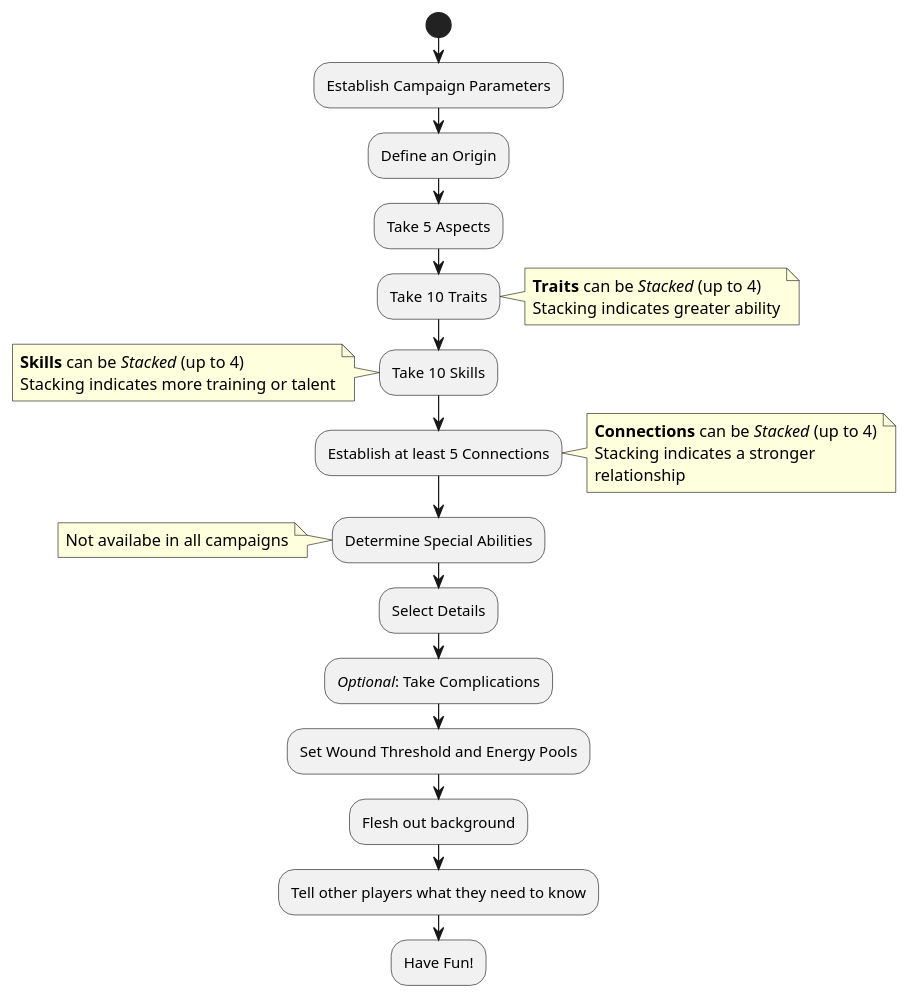
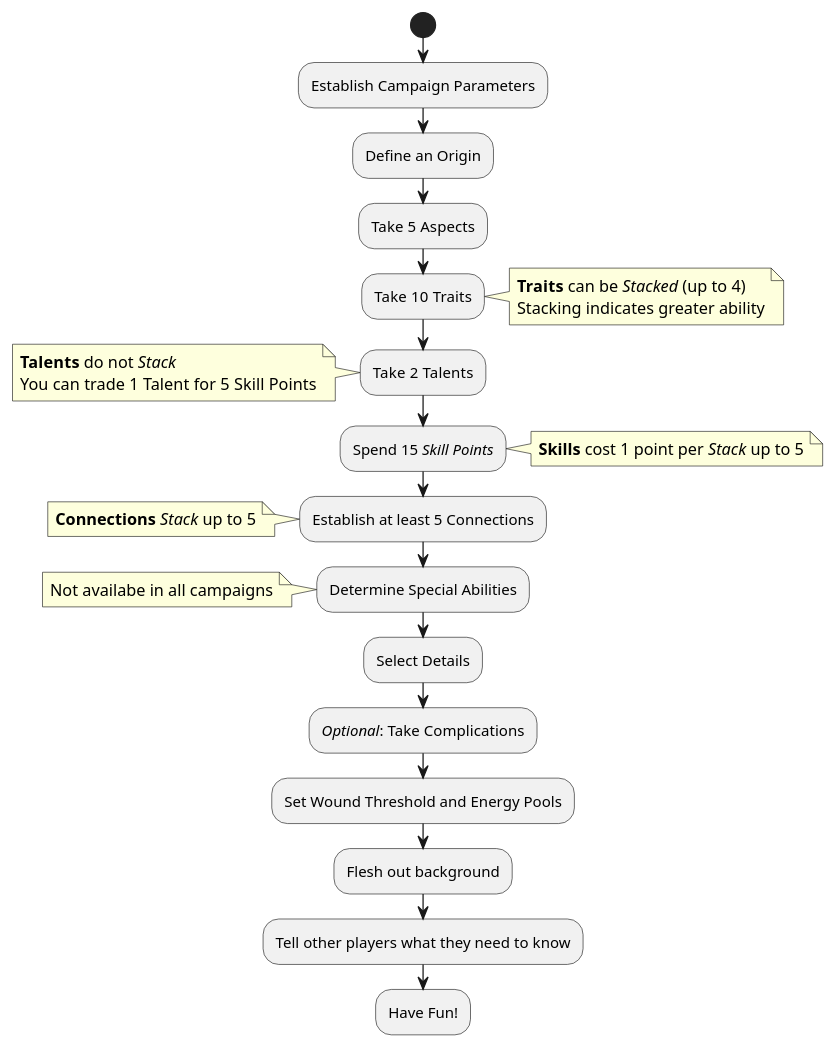
Before and after one commit to s-20/unnamed: the diagram in CCSummary.md, drawn with PlantUML. The commit also changed other lines of this file and 4 other files, not shown here.

````diff
--- a/CCSummary.md
+++ b/CCSummary.md
@@ -15,33 +15,35 @@
 ```plantuml
 @startuml
 start
 :Establish Campaign Parameters;
 :Define an Origin;
 :Take 5 Aspects;
 :Take 10 Traits;
 note right
 <b>Traits</b> can be //Stacked// (up to 4)
 Stacking indicates greater ability
 end note
-:Take 10 Skills;
+:Take 2 Talents;
 note left
-<b>Skills</b> can be //Stacked// (up to 4)
-Stacking indicates more training or talent
+<b>Talents</b> do not //Stack//
+You can trade 1 Talent for 5 Skill Points
+end note
+:Spend 15 //Skill Points//;
+note right
+<b>Skills</b> cost 1 point per //Stack// up to 5
 end note
 :Establish at least 5 Connections;
-note right
-<b>Connections</b> can be //Stacked// (up to 4)
-Stacking indicates a stronger
-relationship
+note left
+<b>Connections</b> //Stack// up to 5
 end note
 :Determine Special Abilities;
 note: Not availabe in all campaigns
 :Select Details;
 ://Optional//: Take Complications;
 :Set Wound Threshold and Energy Pools;
 :Flesh out background;
 :Tell other players what they need to know;
 :Have Fun!;
 @enduml
 stop
 ```
````
